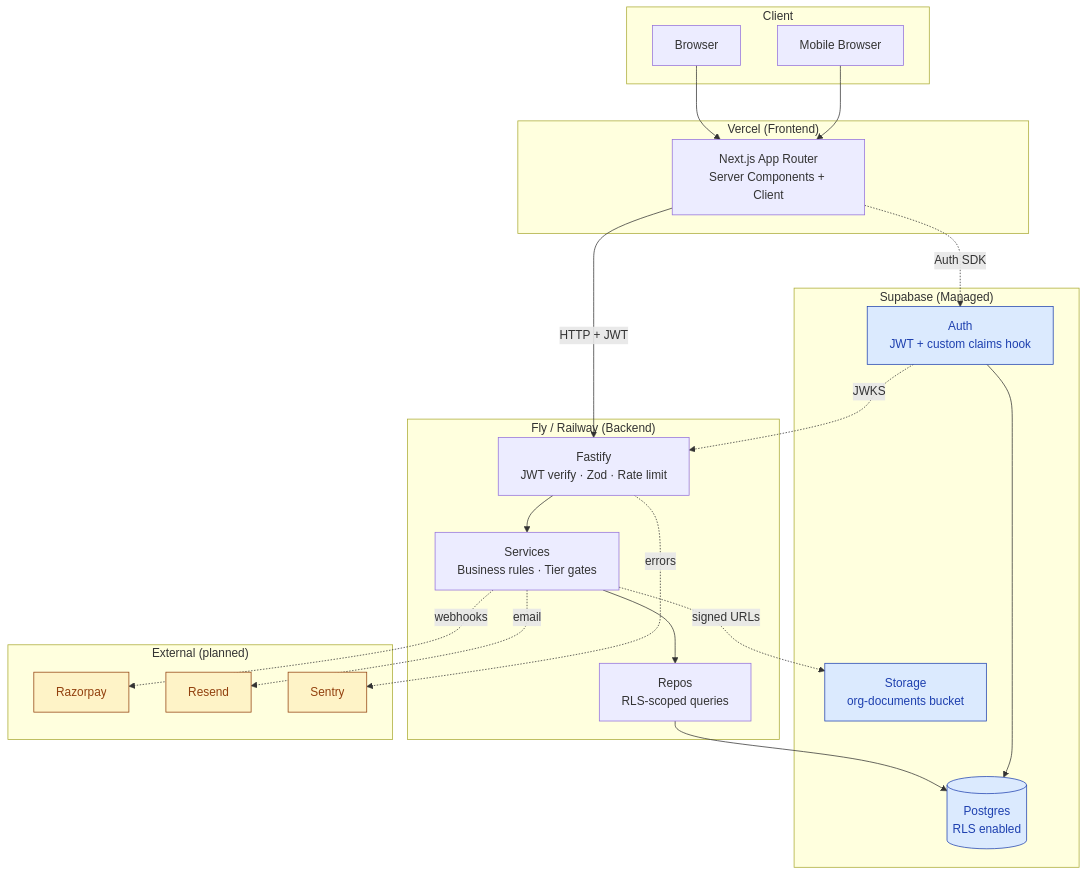
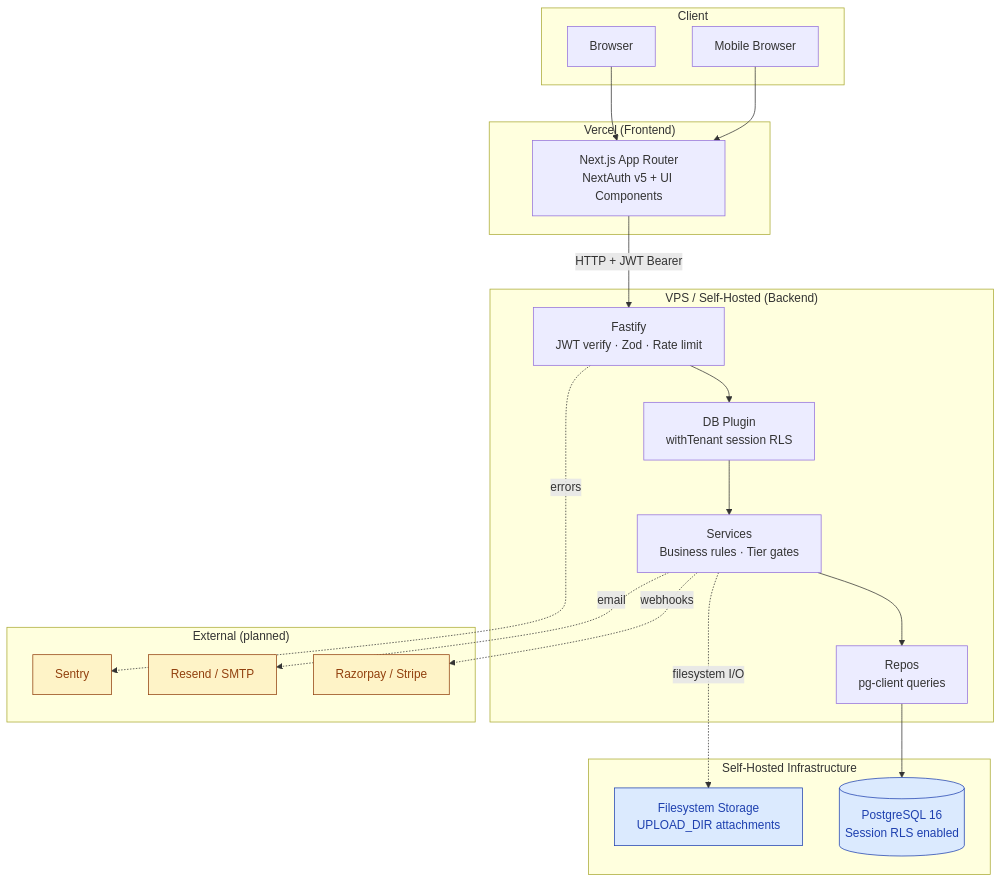
The diagram in docs/architecture/system-overview.mermaid (sibi5161874/glix), drawn with Mermaid before and after one commit. The commit also changed 36 other files, not shown here.

First line of the commit message:
refactor: migrate from supabase to self-hosted postgresql

```diff
--- a/docs/architecture/system-overview.mermaid
+++ b/docs/architecture/system-overview.mermaid
@@ -1,49 +1,46 @@
 graph TB
     subgraph Client
         B[Browser]
         M[Mobile Browser]
     end
 
     subgraph Vercel["Vercel (Frontend)"]
-        NX[Next.js App Router<br/>Server Components + Client]
+        NX[Next.js App Router<br/>NextAuth v5 + UI Components]
     end
 
-    subgraph Backend["Fly / Railway (Backend)"]
+    subgraph Backend["VPS / Self-Hosted (Backend)"]
         FY[Fastify<br/>JWT verify · Zod · Rate limit]
+        DT[DB Plugin<br/>withTenant session RLS]
         SV[Services<br/>Business rules · Tier gates]
-        RP[Repos<br/>RLS-scoped queries]
+        RP[Repos<br/>pg-client queries]
     end
 
-    subgraph Supabase["Supabase (Managed)"]
-        AU[Auth<br/>JWT + custom claims hook]
-        DB[(Postgres<br/>RLS enabled)]
-        ST[Storage<br/>org-documents bucket]
+    subgraph Database["Self-Hosted Infrastructure"]
+        DB[(PostgreSQL 16<br/>Session RLS enabled)]
+        FS[Filesystem Storage<br/>UPLOAD_DIR attachments]
     end
 
     subgraph External["External (planned)"]
-        RZ[Razorpay]
-        RS[Resend]
+        RZ[Razorpay / Stripe]
+        RS[Resend / SMTP]
         SN[Sentry]
     end
 
     B --> NX
     M --> NX
-    NX -->|HTTP + JWT| FY
-    NX -.->|Auth SDK| AU
+    NX -->|HTTP + JWT Bearer| FY
 
-    FY --> SV
+    FY --> DT
+    DT --> SV
     SV --> RP
     RP --> DB
-    SV -.->|signed URLs| ST
-
-    AU -.->|JWKS| FY
-    AU --> DB
+    SV -.->|filesystem I/O| FS
 
     SV -.->|webhooks| RZ
     SV -.->|email| RS
     FY -.->|errors| SN
 
     classDef external fill:#FEF3C7,stroke:#92400E,color:#92400E
-    classDef managed fill:#DBEAFE,stroke:#1E40AF,color:#1E40AF
+    classDef infra fill:#DBEAFE,stroke:#1E40AF,color:#1E40AF
     class RZ,RS,SN external
-    class AU,DB,ST managed
+    class DB,FS infra
```
